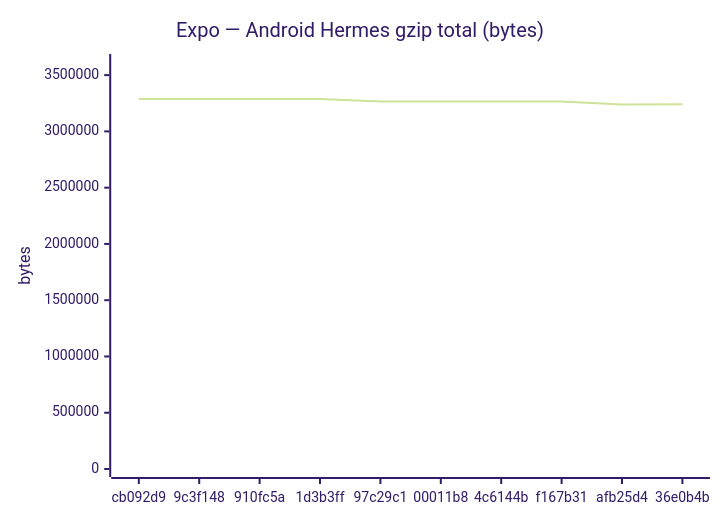
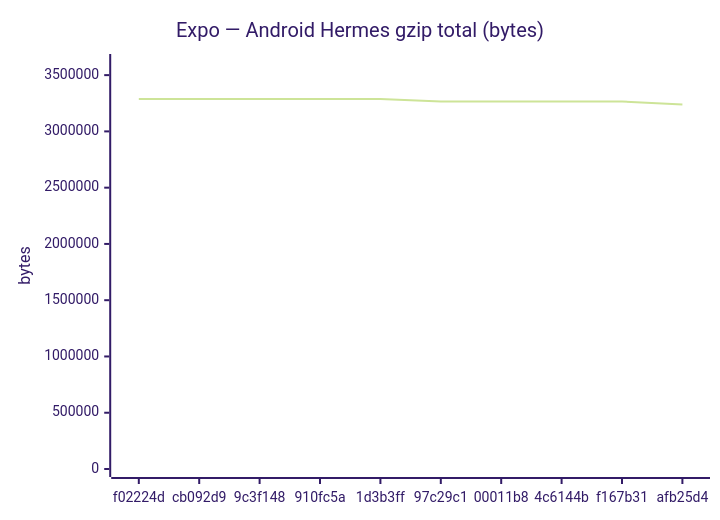
The fifth of 18 diagrams in benchmarks/compare.md (Metaheurist/Rianell), drawn with Mermaid (forest theme) before and after one commit. The commit also changed other lines of this file and 11 other files, not shown here.

````diff
--- a/benchmarks/compare.md
+++ b/benchmarks/compare.md
@@ -89,7 +89,7 @@
 ```mermaid
 xychart-beta
     title "Expo — Android Hermes gzip total (bytes)"
-    x-axis ["cb092d9", "9c3f148", "910fc5a", "1d3b3ff", "97c29c1", "00011b8", "4c6144b", "f167b31", "afb25d4", "36e0b4b"]
+    x-axis ["f02224d", "cb092d9", "9c3f148", "910fc5a", "1d3b3ff", "97c29c1", "00011b8", "4c6144b", "f167b31", "afb25d4"]
     y-axis "bytes" 0 --> 3616656
-    line [3287424, 3287424, 3287869, 3287424, 3266092, 3266094, 3266092, 3266093, 3239886, 3240548]
+    line [3287426, 3287424, 3287424, 3287869, 3287424, 3266092, 3266094, 3266092, 3266093, 3239886]
 ```
````
